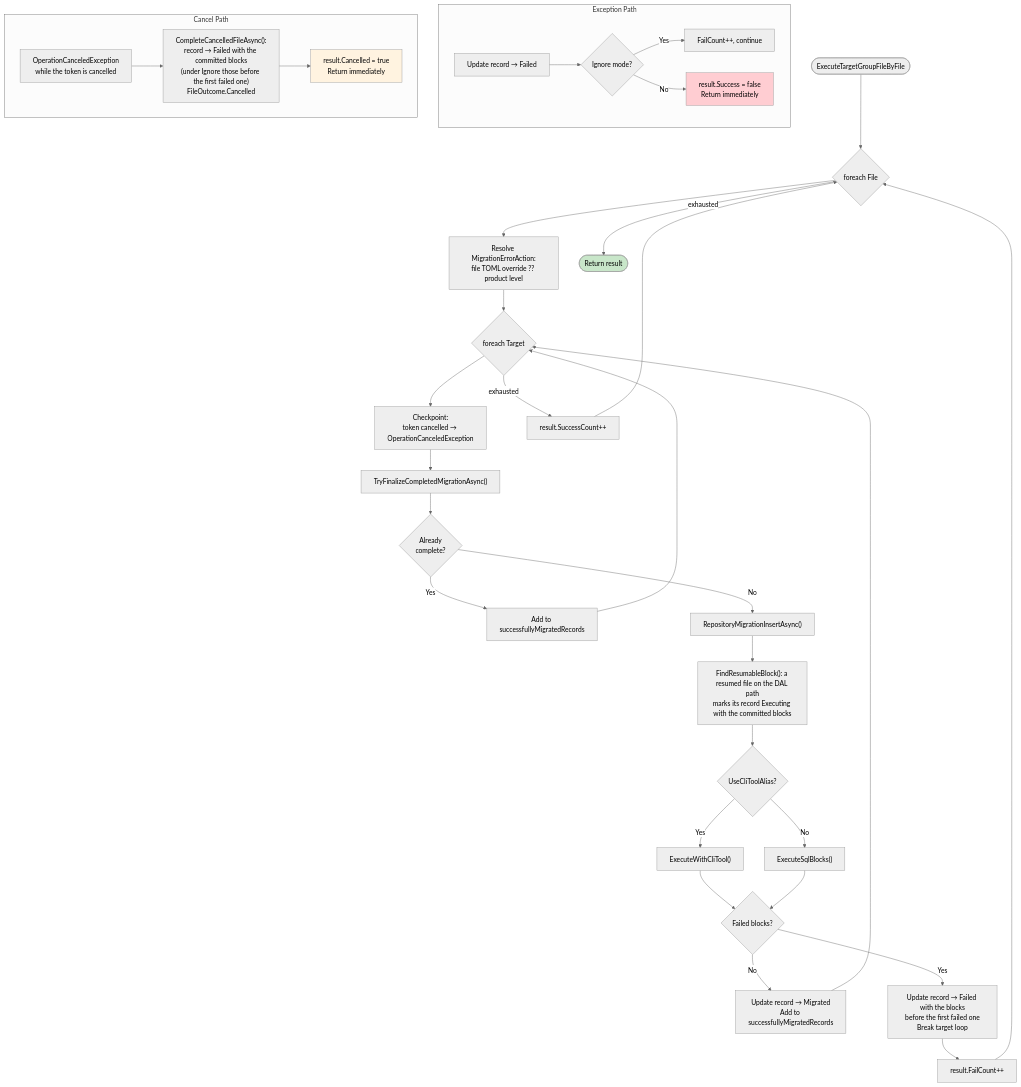
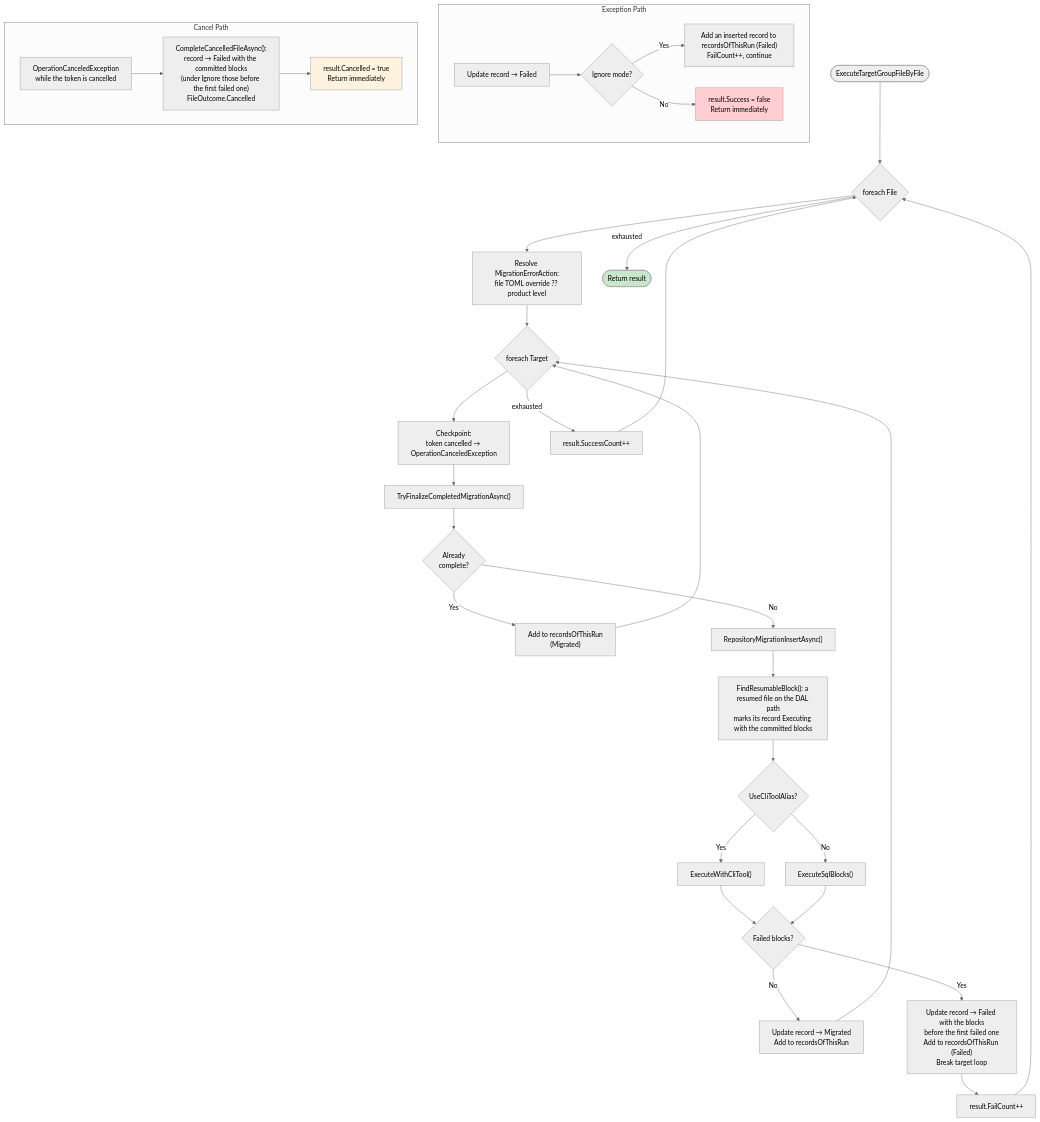
One commit to RAYCOON/RayMigrator changed the second of 6 diagrams in Docs/04-service-layer/activity-diagrams.md. Above: the diagram before and after it, drawn with Mermaid (neutral theme). The commit also changed other lines of this file and 60 other files, not shown here.

````diff
--- a/Docs/04-service-layer/activity-diagrams.md
+++ b/Docs/04-service-layer/activity-diagrams.md
@@ -88,49 +88,49 @@
 ```mermaid
 flowchart TD
     Start([ExecuteTargetGroupFileByFile]) --> FileLoop{"foreach File"}
 
     FileLoop --> ResolveErr["Resolve MigrationErrorAction:<br/>file TOML override ?? product level"]
     ResolveErr --> TargetLoop{"foreach Target"}
 
     TargetLoop --> Checkpoint["Checkpoint:<br/>token cancelled → OperationCanceledException"]
     Checkpoint --> TryFinalize["TryFinalizeCompletedMigrationAsync()"]
     TryFinalize --> WasFinalized{Already<br/>complete?}
-    WasFinalized -->|Yes| AddRecovered["Add to successfullyMigratedRecords"]
+    WasFinalized -->|Yes| AddRecovered["Add to recordsOfThisRun<br/>(Migrated)"]
     AddRecovered --> TargetLoop
     WasFinalized -->|No| InsertMig["RepositoryMigrationInsertAsync()"]
 
     InsertMig --> MarkResumed["FindResumableBlock(): a resumed file on the DAL path<br/>marks its record Executing with the committed blocks"]
     MarkResumed --> CliCheck{UseCliToolAlias?}
     CliCheck -->|Yes| ExecCli["ExecuteWithCliTool()"]
     CliCheck -->|No| ExecSql["ExecuteSqlBlocks()"]
     ExecCli --> BlockResult
     ExecSql --> BlockResult
 
     BlockResult{Failed blocks?}
-    BlockResult -->|No| MarkOk["Update record → Migrated<br/>Add to successfullyMigratedRecords"]
+    BlockResult -->|No| MarkOk["Update record → Migrated<br/>Add to recordsOfThisRun"]
     MarkOk --> TargetLoop
 
-    BlockResult -->|Yes| MarkFailed["Update record → Failed with the blocks<br/>before the first failed one<br/>Break target loop"]
+    BlockResult -->|Yes| MarkFailed["Update record → Failed with the blocks<br/>before the first failed one<br/>Add to recordsOfThisRun (Failed)<br/>Break target loop"]
     MarkFailed --> FailCount["result.FailCount++"]
     FailCount --> FileLoop
 
     TargetLoop -->|exhausted| FileOk["result.SuccessCount++"]
     FileOk --> FileLoop
 
     FileLoop -->|exhausted| ReturnOk(["Return result"])
 
     subgraph Exception Path
         CatchEx["Update record → Failed"] --> IsIgnore{Ignore mode?}
-        IsIgnore -->|Yes| IgnoreEx["FailCount++, continue"]
+        IsIgnore -->|Yes| IgnoreEx["Add an inserted record to recordsOfThisRun (Failed)<br/>FailCount++, continue"]
         IsIgnore -->|No| AbortTG["result.Success = false<br/>Return immediately"]
     end
 
     subgraph Cancel Path
         CatchCancel["OperationCanceledException<br/>while the token is cancelled"] --> CompleteFile["CompleteCancelledFileAsync():<br/>record → Failed with the committed blocks<br/>(under Ignore those before the first failed one)<br/>FileOutcome.Cancelled"]
         CompleteFile --> ReturnCancelled["result.Cancelled = true<br/>Return immediately"]
     end
 
     style ReturnOk fill:#c8e6c9
     style AbortTG fill:#ffcdd2
     style ReturnCancelled fill:#fff3e0
 ```
````
